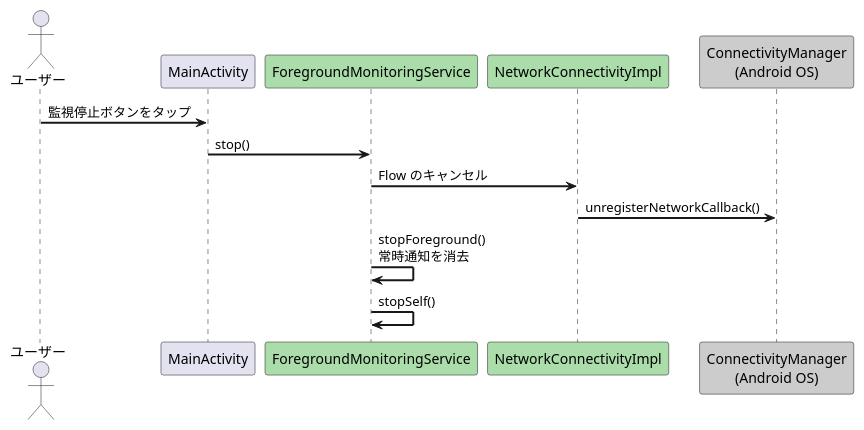
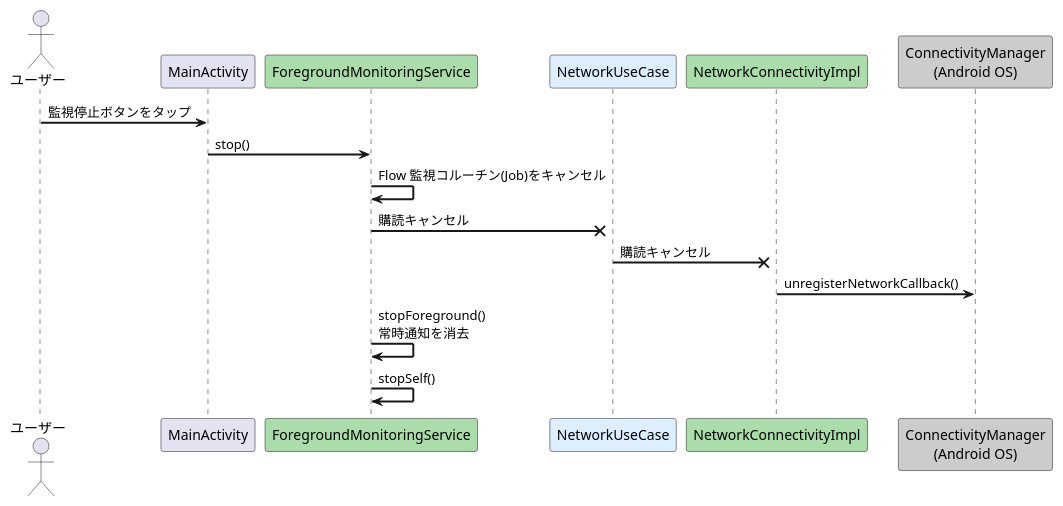
Before and after one commit to kyo1941/wifi-observer: the third of 3 diagrams in docs/notification-sequence.md, drawn with PlantUML. The commit also changed other lines of this file and 2 other files, not shown here.

Commit message:
docs: Update monitoring design and add KMP migration guide with reactive Flow design

````diff
--- a/docs/notification-sequence.md
+++ b/docs/notification-sequence.md
@@ -79,19 +88,22 @@
 ```plantuml
 @startuml
 skinparam sequenceArrowThickness 2
 skinparam roundcorner 5
 
 actor ユーザー
 participant "MainActivity" as Activity
 participant "ForegroundMonitoringService" as Service #AADDAA
+participant "NetworkUseCase" as UseCase #DDEEFF
 participant "NetworkConnectivityImpl" as Connectivity #AADDAA
 participant "ConnectivityManager\n(Android OS)" as OS #CCCCCC
 
 ユーザー -> Activity: 監視停止ボタンをタップ
 Activity -> Service: stop()
-Service -> Connectivity: Flow のキャンセル
+Service -> Service: Flow 監視コルーチン(Job)をキャンセル
+Service ->x UseCase: 購読キャンセル
+UseCase ->x Connectivity: 購読キャンセル
 Connectivity -> OS: unregisterNetworkCallback()
 Service -> Service: stopForeground()\n常時通知を消去
 Service -> Service: stopSelf()
 @enduml
 ```
````
